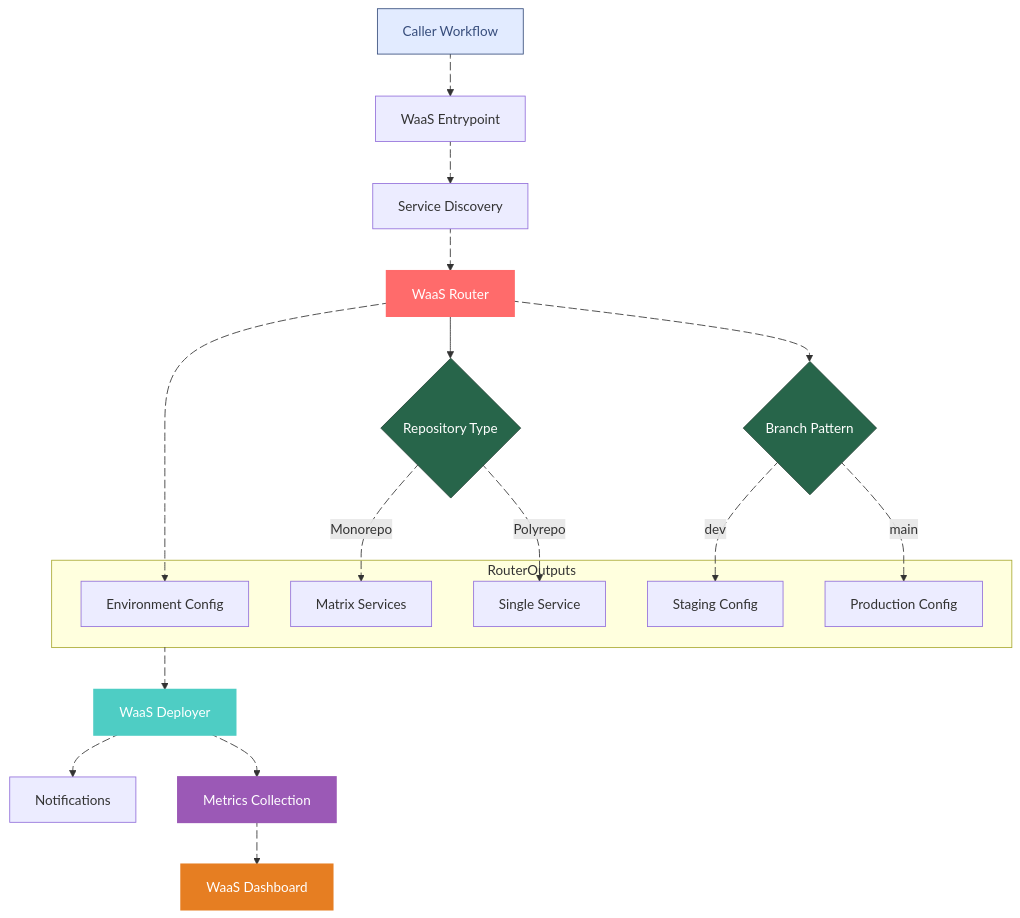
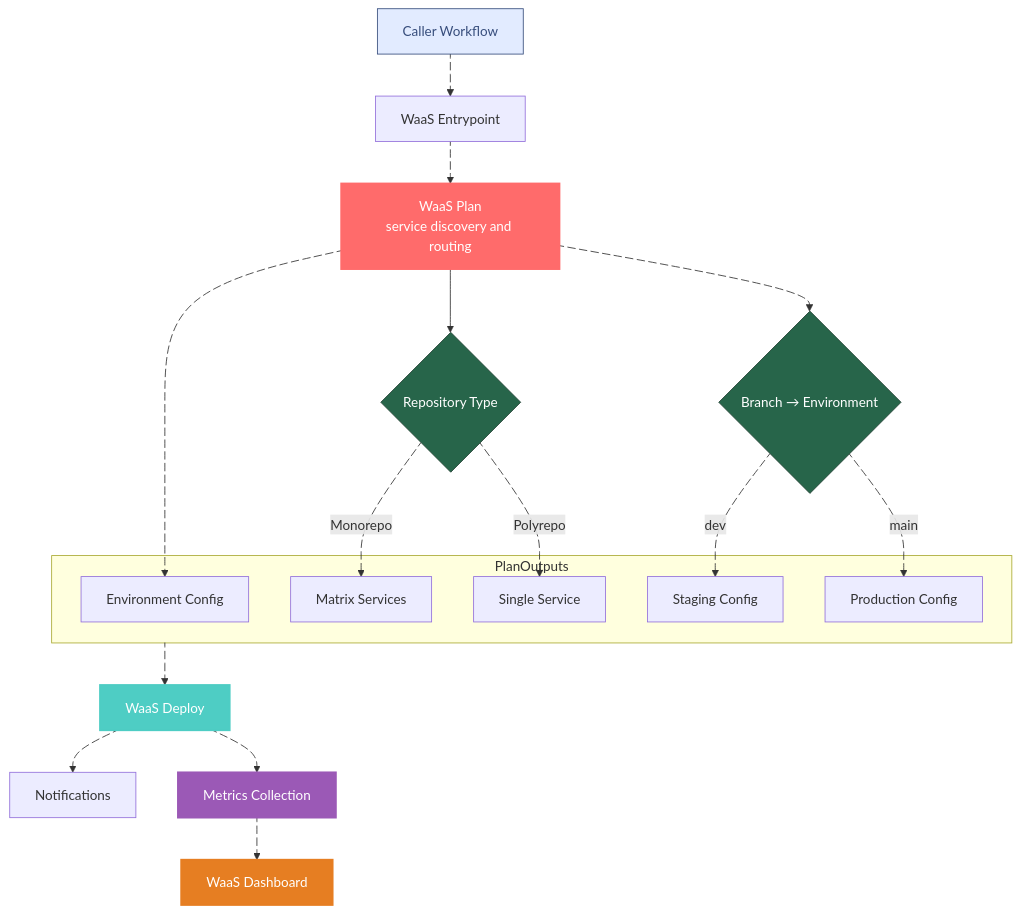
Before and after one commit to SeamlessOps/waas: the first of 2 diagrams in .github/workflows/docs/WAAS.md, drawn with Mermaid. The commit also changed other lines of this file and 26 other files, not shown here.

Commit message:
Validate, plan, deploy: waas plan replaces the router; image signing with cosign, verified on promotion; release the CLI: signed binaries, setup-waas action, Makefile

````diff
--- a/.github/workflows/docs/WAAS.md
+++ b/.github/workflows/docs/WAAS.md
@@ -7,50 +7,48 @@
 ```mermaid
 flowchart TB
- subgraph RouterOutputs["RouterOutputs"]
+ subgraph PlanOutputs["PlanOutputs"]
         E["Environment Config"]
         I["Matrix Services"]
         J["Single Service"]
         L["Staging Config"]
         M["Production Config"]
   end
     A["Caller Workflow"] L_A_B_0@--> B["WaaS Entrypoint"]
-    B L_B_C_0@--> C["Service Discovery"]
-    C L_C_D_0@--> D["WaaS Router"]
-    D --> H{"Repository Type"} & K{"Branch Pattern"} & E
+    B L_B_D_0@--> D["WaaS Plan<br/>service discovery and routing"]
+    D --> H{"Repository Type"} & K{"Branch → Environment"} & E
     H L_H_I_0@-- Monorepo --> I
     H L_H_J_0@-- Polyrepo --> J
     K L_K_L_0@-- dev --> L
     K L_K_M_0@-- main --> M
-    RouterOutputs L_RouterOutputs_F_0@--> F["WaaS Deployer"]
+    PlanOutputs L_PlanOutputs_F_0@--> F["WaaS Deploy"]
     F L_F_G_0@--> G["Notifications"]
     F L_F_N_0@--> N["Metrics Collection"]
     N L_N_O_0@--> O["WaaS Dashboard"]
 
      A:::Sky
-     D:::Router
+     D:::Plan
      H:::Pine
      K:::Pine
      F:::Deployer
      N:::Metrics
      O:::Dashboard
-    classDef Router stroke-width:2px, stroke:#ff6b6b, fill:#ff6b6b, color:white
+    classDef Plan stroke-width:2px, stroke:#ff6b6b, fill:#ff6b6b, color:white
     classDef Deployer stroke-width:2px, stroke:#4ecdc4, fill:#4ecdc4, color:white
     classDef Metrics stroke-width:2px, stroke:#9b59b6, fill:#9b59b6, color:white
     classDef Dashboard stroke-width:2px, stroke:#e67e22, fill:#e67e22, color:white
     classDef Pine stroke-width:1px, stroke-dasharray:none, stroke:#254336, fill:#27654A, color:#FFFFFF
     classDef Sky stroke-width:1px, stroke-dasharray:none, stroke:#374D7C, fill:#E2EBFF, color:#374D7C
 
     L_A_B_0@{ animation: fast } 
-    L_B_C_0@{ animation: fast } 
-    L_C_D_0@{ animation: fast } 
+    L_B_D_0@{ animation: fast } 
     L_D_K_0@{ animation: fast } 
     L_D_E_0@{ animation: fast } 
     L_H_I_0@{ animation: fast } 
     L_H_J_0@{ animation: fast } 
     L_K_L_0@{ animation: fast } 
     L_K_M_0@{ animation: fast } 
-    L_RouterOutputs_F_0@{ animation: fast } 
+    L_PlanOutputs_F_0@{ animation: fast } 
     L_F_G_0@{ animation: fast }  
     L_F_N_0@{ animation: fast }
     L_N_O_0@{ animation: fast }
 ```
````
